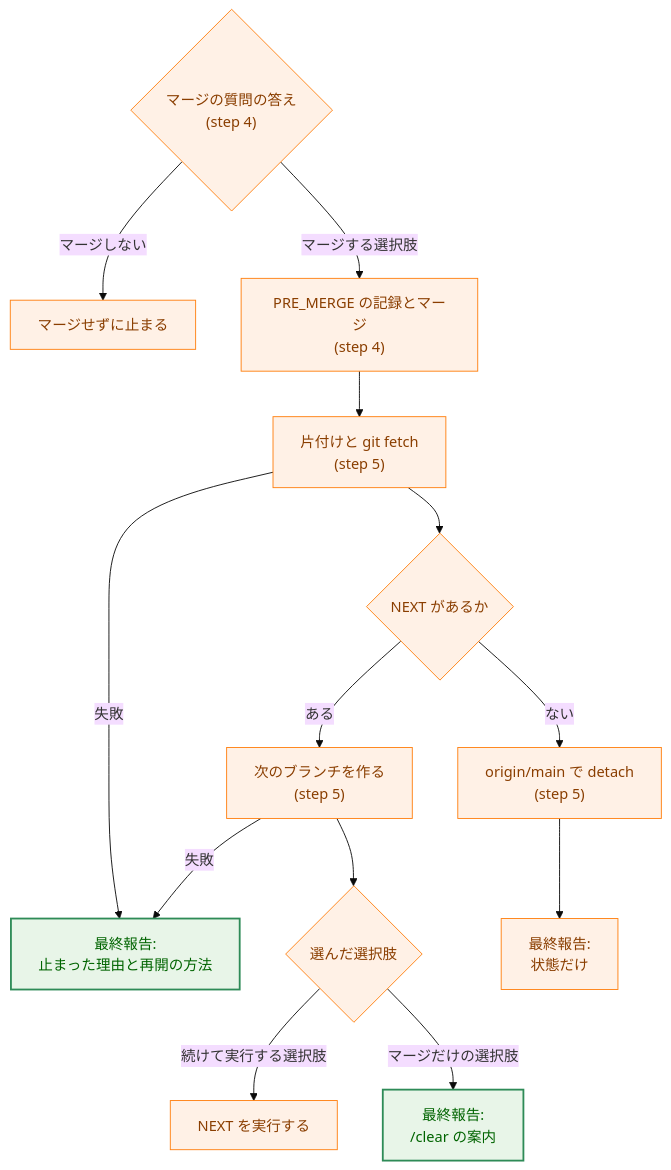
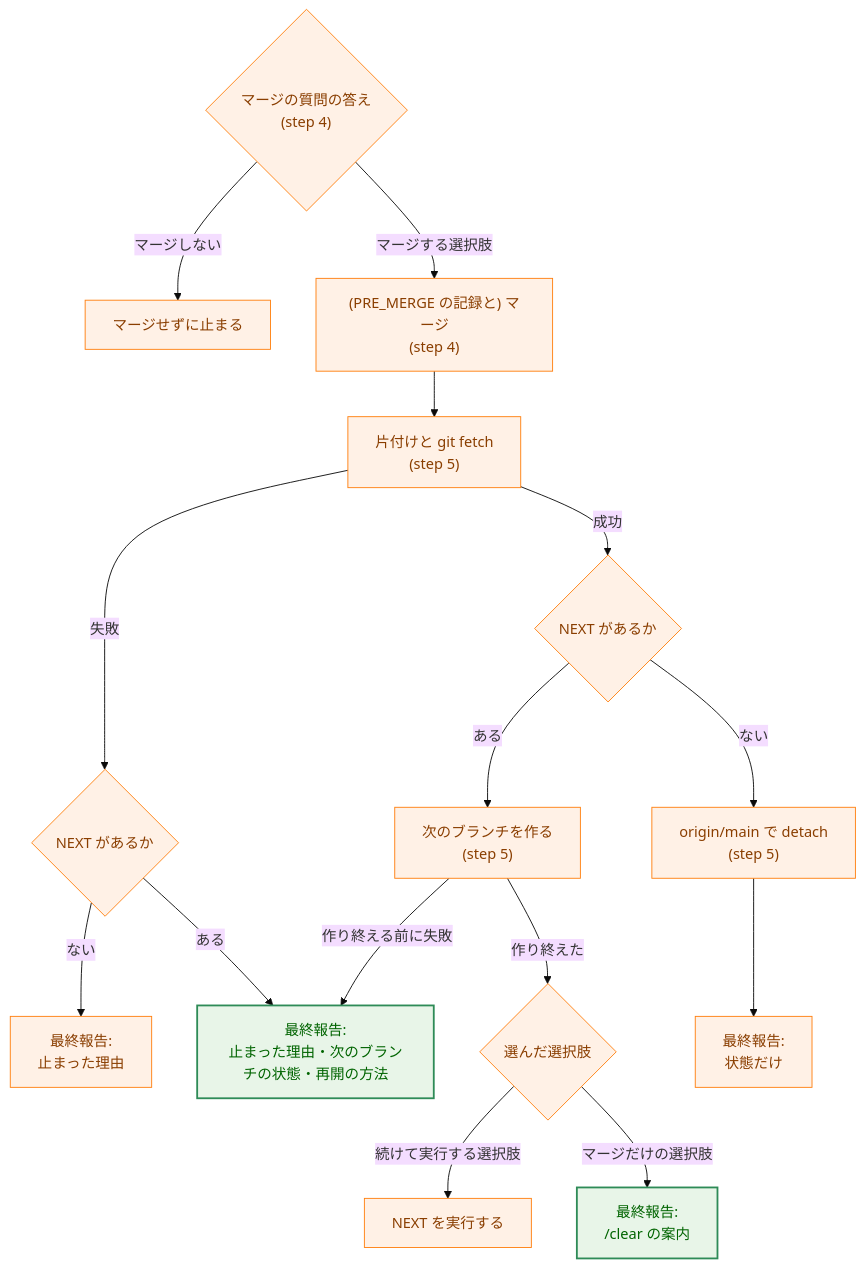
Before and after one commit to isseis/yt2column: the fifth of 7 diagrams in docs/tasks/0037_runpr_merge_recommendation/02_architecture.md, drawn with Mermaid (base theme). The commit also changed other lines of this file, not shown here.

First line of the commit message:
docs(0037): address the architecture review and improve Japanese prose

````diff
--- a/docs/tasks/0037_runpr_merge_recommendation/02_architecture.md
+++ b/docs/tasks/0037_runpr_merge_recommendation/02_architecture.md
@@ -148,34 +147,38 @@
 ```mermaid
 flowchart TD
     classDef process fill:#fff1e6,stroke:#ff7f0e,stroke-width:1px,color:#8a3e00;
     classDef enhanced fill:#e8f5e8,stroke:#2e8b57,stroke-width:2px,color:#006400;
 
     Q{"マージの質問の答え<br>(step 4)"}
     NOM["マージせずに止まる"]
-    MRG["PRE_MERGE の記録とマージ<br>(step 4)"]
+    MRG["(PRE_MERGE の記録と) マージ<br>(step 4)"]
     CLN["片付けと git fetch<br>(step 5)"]
     HASN{"NEXT があるか"}
+    HASF{"NEXT があるか"}
     BR["次のブランチを作る<br>(step 5)"]
     DET["origin/main で detach<br>(step 5)"]
-    STOP["最終報告:<br>止まった理由と再開の方法"]
+    STOPN["最終報告:<br>止まった理由"]
+    STOP["最終報告:<br>止まった理由・次のブランチの状態・再開の方法"]
     OPT{"選んだ選択肢"}
     RUN["NEXT を実行する"]
     GUIDE["最終報告:<br>/clear の案内"]
     PLAIN["最終報告:<br>状態だけ"]
 
     Q -->|"マージしない"| NOM
     Q -->|"マージする選択肢"| MRG
     MRG --> CLN
-    CLN -->|"失敗"| STOP
-    CLN --> HASN
+    CLN -->|"失敗"| HASF
+    HASF -->|"ない"| STOPN
+    HASF -->|"ある"| STOP
+    CLN -->|"成功"| HASN
     HASN -->|"ある"| BR
     HASN -->|"ない"| DET
-    BR -->|"失敗"| STOP
-    BR --> OPT
+    BR -->|"作り終える前に失敗"| STOP
+    BR -->|"作り終えた"| OPT
     OPT -->|"続けて実行する選択肢"| RUN
     OPT -->|"マージだけの選択肢"| GUIDE
     DET --> PLAIN
 
-    class Q,NOM,MRG,CLN,HASN,BR,DET,OPT,RUN,PLAIN process
+    class Q,NOM,MRG,CLN,HASN,HASF,BR,DET,STOPN,OPT,RUN,PLAIN process
     class STOP,GUIDE enhanced
 ```
````
